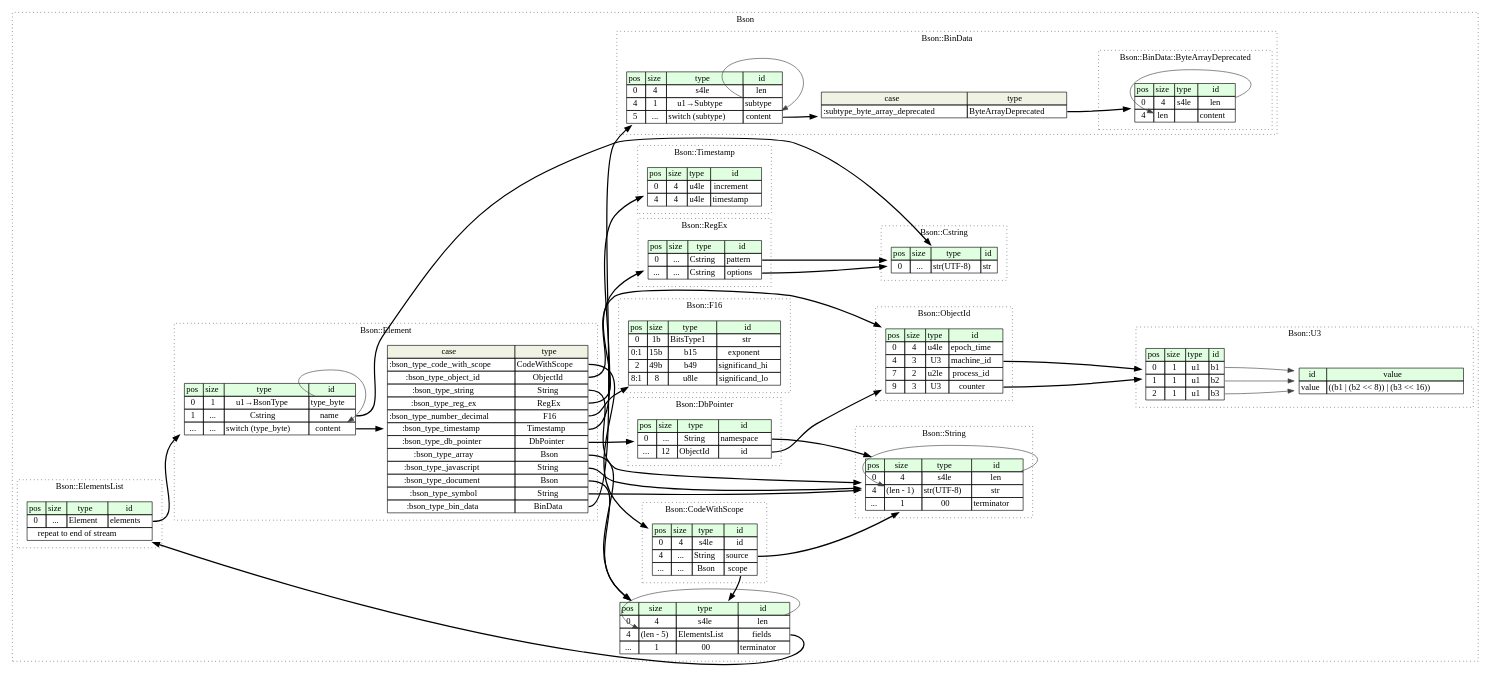
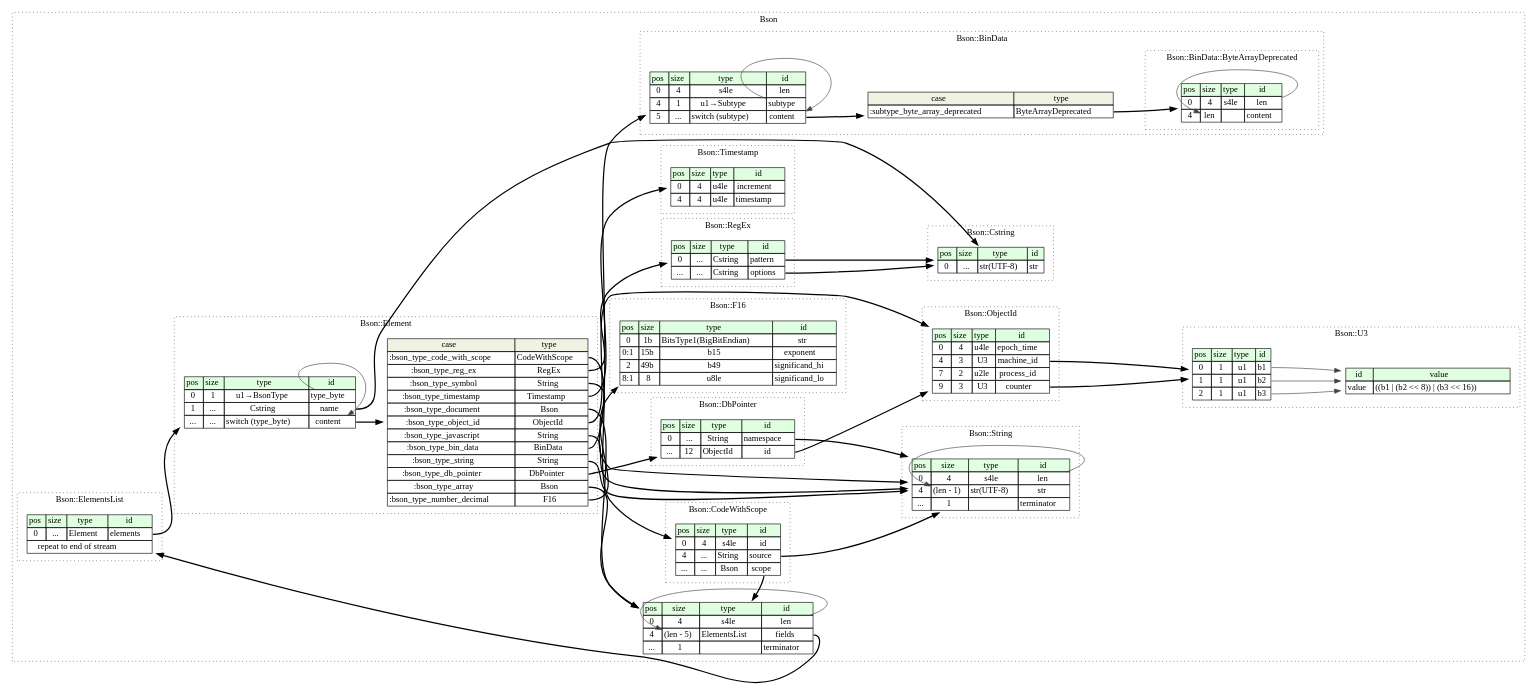
Before and after one commit to kaitai-io/formats-kaitai-io.github.io: the diagram in bson/src/graphviz/bson.dot, drawn with Graphviz. The commit also changed 3155 other files, not shown here.

```diff
--- a/bson/src/graphviz/bson.dot
+++ b/bson/src/graphviz/bson.dot
@@ -9,7 +9,7 @@
 			<TR><TD BGCOLOR="#E0FFE0">pos</TD><TD BGCOLOR="#E0FFE0">size</TD><TD BGCOLOR="#E0FFE0">type</TD><TD BGCOLOR="#E0FFE0">id</TD></TR>
 			<TR><TD PORT="len_pos">0</TD><TD PORT="len_size">4</TD><TD>s4le</TD><TD PORT="len_type">len</TD></TR>
 			<TR><TD PORT="fields_pos">4</TD><TD PORT="fields_size">(len - 5)</TD><TD>ElementsList</TD><TD PORT="fields_type">fields</TD></TR>
-			<TR><TD PORT="terminator_pos">...</TD><TD PORT="terminator_size">1</TD><TD>00</TD><TD PORT="terminator_type">terminator</TD></TR>
+			<TR><TD PORT="terminator_pos">...</TD><TD PORT="terminator_size">1</TD><TD></TD><TD PORT="terminator_type">terminator</TD></TR>
 		</TABLE>>];
 		subgraph cluster__timestamp {
 			label="Bson::Timestamp";
@@ -73,7 +73,7 @@
 				<TR><TD BGCOLOR="#E0FFE0">pos</TD><TD BGCOLOR="#E0FFE0">size</TD><TD BGCOLOR="#E0FFE0">type</TD><TD BGCOLOR="#E0FFE0">id</TD></TR>
 				<TR><TD PORT="len_pos">0</TD><TD PORT="len_size">4</TD><TD>s4le</TD><TD PORT="len_type">len</TD></TR>
 				<TR><TD PORT="str_pos">4</TD><TD PORT="str_size">(len - 1)</TD><TD>str(UTF-8)</TD><TD PORT="str_type">str</TD></TR>
-				<TR><TD PORT="terminator_pos">...</TD><TD PORT="terminator_size">1</TD><TD>00</TD><TD PORT="terminator_type">terminator</TD></TR>
+				<TR><TD PORT="terminator_pos">...</TD><TD PORT="terminator_size">1</TD><TD></TD><TD PORT="terminator_type">terminator</TD></TR>
 			</TABLE>>];
 		}
 		subgraph cluster__element {
@@ -89,17 +89,17 @@
 element__seq_content_switch [label=<<TABLE BORDER="0" CELLBORDER="1" CELLSPACING="0">
 	<TR><TD BGCOLOR="#F0F2E4">case</TD><TD BGCOLOR="#F0F2E4">type</TD></TR>
 	<TR><TD>:bson_type_code_with_scope</TD><TD PORT="case0">CodeWithScope</TD></TR>
-	<TR><TD>:bson_type_object_id</TD><TD PORT="case1">ObjectId</TD></TR>
-	<TR><TD>:bson_type_string</TD><TD PORT="case2">String</TD></TR>
-	<TR><TD>:bson_type_reg_ex</TD><TD PORT="case3">RegEx</TD></TR>
-	<TR><TD>:bson_type_number_decimal</TD><TD PORT="case4">F16</TD></TR>
-	<TR><TD>:bson_type_timestamp</TD><TD PORT="case5">Timestamp</TD></TR>
-	<TR><TD>:bson_type_db_pointer</TD><TD PORT="case6">DbPointer</TD></TR>
-	<TR><TD>:bson_type_array</TD><TD PORT="case7">Bson</TD></TR>
-	<TR><TD>:bson_type_javascript</TD><TD PORT="case8">String</TD></TR>
-	<TR><TD>:bson_type_document</TD><TD PORT="case9">Bson</TD></TR>
-	<TR><TD>:bson_type_symbol</TD><TD PORT="case10">String</TD></TR>
-	<TR><TD>:bson_type_bin_data</TD><TD PORT="case11">BinData</TD></TR>
+	<TR><TD>:bson_type_reg_ex</TD><TD PORT="case1">RegEx</TD></TR>
+	<TR><TD>:bson_type_symbol</TD><TD PORT="case2">String</TD></TR>
+	<TR><TD>:bson_type_timestamp</TD><TD PORT="case3">Timestamp</TD></TR>
+	<TR><TD>:bson_type_document</TD><TD PORT="case4">Bson</TD></TR>
+	<TR><TD>:bson_type_object_id</TD><TD PORT="case5">ObjectId</TD></TR>
+	<TR><TD>:bson_type_javascript</TD><TD PORT="case6">String</TD></TR>
+	<TR><TD>:bson_type_bin_data</TD><TD PORT="case7">BinData</TD></TR>
+	<TR><TD>:bson_type_string</TD><TD PORT="case8">String</TD></TR>
+	<TR><TD>:bson_type_db_pointer</TD><TD PORT="case9">DbPointer</TD></TR>
+	<TR><TD>:bson_type_array</TD><TD PORT="case10">Bson</TD></TR>
+	<TR><TD>:bson_type_number_decimal</TD><TD PORT="case11">F16</TD></TR>
 </TABLE>>];
 		}
 		subgraph cluster__db_pointer {
@@ -144,7 +144,7 @@
 
 			f16__seq [label=<<TABLE BORDER="0" CELLBORDER="1" CELLSPACING="0">
 				<TR><TD BGCOLOR="#E0FFE0">pos</TD><TD BGCOLOR="#E0FFE0">size</TD><TD BGCOLOR="#E0FFE0">type</TD><TD BGCOLOR="#E0FFE0">id</TD></TR>
-				<TR><TD PORT="str_pos">0</TD><TD PORT="str_size">1b</TD><TD>BitsType1</TD><TD PORT="str_type">str</TD></TR>
+				<TR><TD PORT="str_pos">0</TD><TD PORT="str_size">1b</TD><TD>BitsType1(BigBitEndian)</TD><TD PORT="str_type">str</TD></TR>
 				<TR><TD PORT="exponent_pos">0:1</TD><TD PORT="exponent_size">15b</TD><TD>b15</TD><TD PORT="exponent_type">exponent</TD></TR>
 				<TR><TD PORT="significand_hi_pos">2</TD><TD PORT="significand_hi_size">49b</TD><TD>b49</TD><TD PORT="significand_hi_type">significand_hi</TD></TR>
 				<TR><TD PORT="significand_lo_pos">8:1</TD><TD PORT="significand_lo_size">8</TD><TD>u8le</TD><TD PORT="significand_lo_type">significand_lo</TD></TR>
@@ -184,17 +184,17 @@
 	element__seq:name_type -> cstring__seq [style=bold];
 	element__seq:content_type -> element__seq_content_switch [style=bold];
 	element__seq_content_switch:case0 -> code_with_scope__seq [style=bold];
-	element__seq_content_switch:case1 -> object_id__seq [style=bold];
+	element__seq_content_switch:case1 -> reg_ex__seq [style=bold];
 	element__seq_content_switch:case2 -> string__seq [style=bold];
-	element__seq_content_switch:case3 -> reg_ex__seq [style=bold];
-	element__seq_content_switch:case4 -> f16__seq [style=bold];
-	element__seq_content_switch:case5 -> timestamp__seq [style=bold];
-	element__seq_content_switch:case6 -> db_pointer__seq [style=bold];
-	element__seq_content_switch:case7 -> bson__seq [style=bold];
+	element__seq_content_switch:case3 -> timestamp__seq [style=bold];
+	element__seq_content_switch:case4 -> bson__seq [style=bold];
+	element__seq_content_switch:case5 -> object_id__seq [style=bold];
+	element__seq_content_switch:case6 -> string__seq [style=bold];
+	element__seq_content_switch:case7 -> bin_data__seq [style=bold];
 	element__seq_content_switch:case8 -> string__seq [style=bold];
-	element__seq_content_switch:case9 -> bson__seq [style=bold];
-	element__seq_content_switch:case10 -> string__seq [style=bold];
-	element__seq_content_switch:case11 -> bin_data__seq [style=bold];
+	element__seq_content_switch:case9 -> db_pointer__seq [style=bold];
+	element__seq_content_switch:case10 -> bson__seq [style=bold];
+	element__seq_content_switch:case11 -> f16__seq [style=bold];
 	element__seq:type_byte_type -> element__seq:content_type [color="#404040"];
 	db_pointer__seq:namespace_type -> string__seq [style=bold];
 	db_pointer__seq:id_type -> object_id__seq [style=bold];
```
